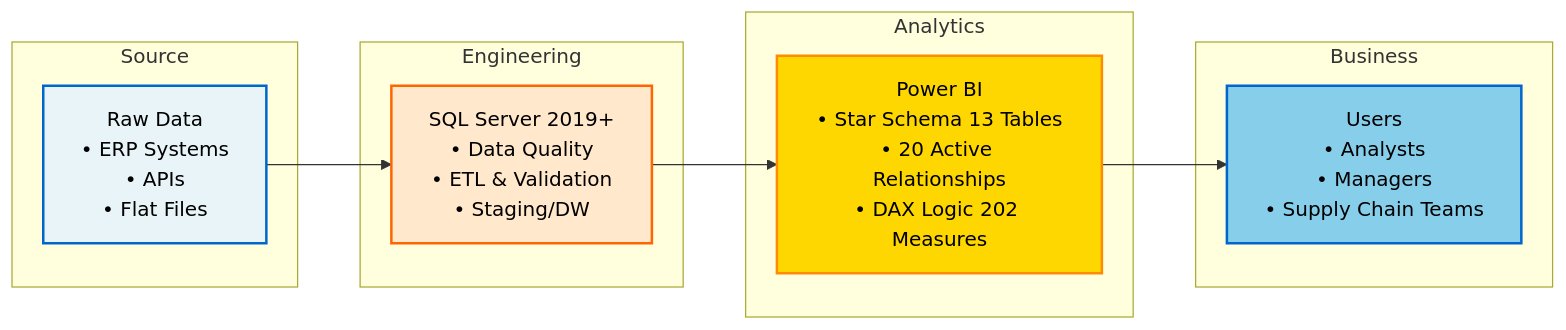
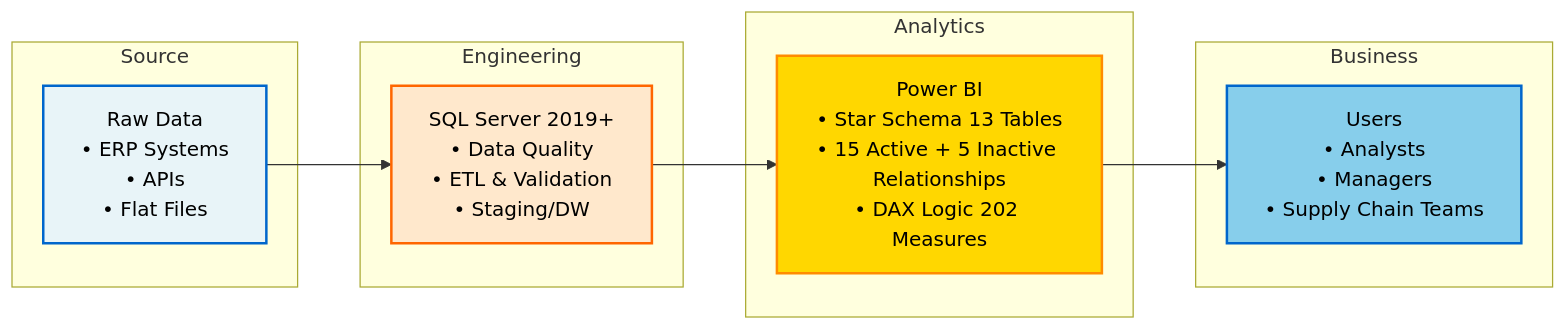
Before and after one commit to Data-Marc/pharma-logistics-bi: the diagram in README.md, drawn with Mermaid. The commit also changed other lines of this file and 1 other file, not shown here.

Commit message:
docs: update README files with correct relationship count (15 active + 5 inactive) and correct table names (Transportation, Returns)

````diff
--- a/README.md
+++ b/README.md
@@ -43,27 +43,27 @@
 ```mermaid
 graph LR
     subgraph "Source"
     A["Raw Data<br/>• ERP Systems<br/>• APIs<br/>• Flat Files"]
     end
     
     subgraph "Engineering"
     B["SQL Server 2019+<br/>• Data Quality<br/>• ETL & Validation<br/>• Staging/DW"]
     end
     
     subgraph "Analytics"
-    C["Power BI<br/>• Star Schema 13 Tables<br/>• 20 Active Relationships<br/>• DAX Logic 202 Measures"]
+    C["Power BI<br/>• Star Schema 13 Tables<br/>• 15 Active + 5 Inactive Relationships<br/>• DAX Logic 202 Measures"]
     end
     
     subgraph "Business"
     D["Users<br/>• Analysts<br/>• Managers<br/>• Supply Chain Teams"]
     end
 
     A --> B
     B --> C
     C --> D
     
     style A fill:#e8f4f8,stroke:#0066cc,stroke-width:2px,color:#000
     style B fill:#ffe8cc,stroke:#ff6600,stroke-width:2px,color:#000
     style C fill:#ffd700,stroke:#ff8c00,stroke-width:2px,color:#000
     style D fill:#87ceeb,stroke:#0066cc,stroke-width:2px,color:#000
 ```
````
